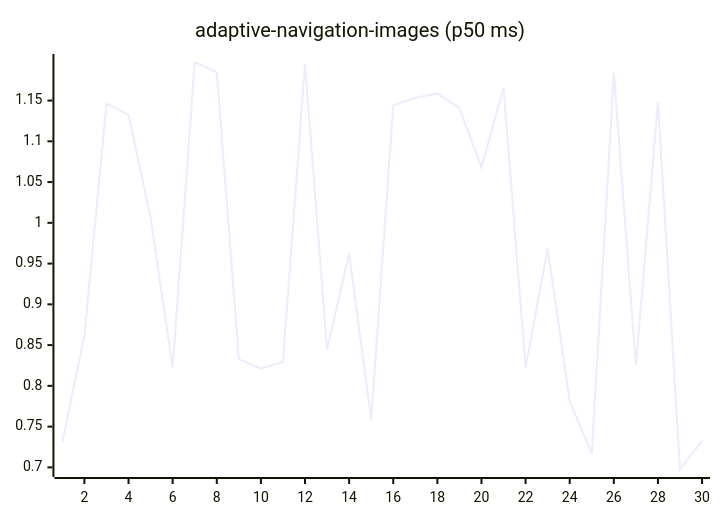
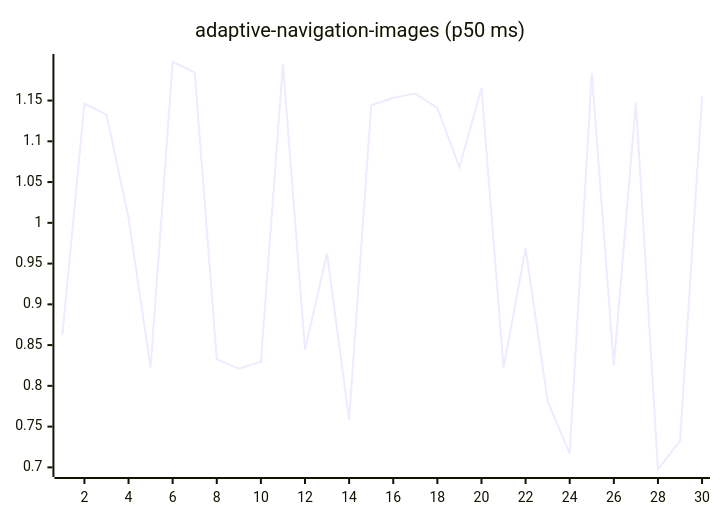
One commit to josha/Facet changed the first of 27 diagrams in README.md. Above: the diagram before and after it, drawn with Mermaid. The commit also changed other lines of this file and 2 other files, not shown here.

````diff
--- a/README.md
+++ b/README.md
@@ -63,6 +63,6 @@
 ```mermaid
 xychart-beta
     title "adaptive-navigation-images (p50 ms)"
     x-axis 1 --> 30
-    line [0.7309, 0.8622, 1.1462, 1.1328, 1.0062, 0.8224, 1.1973, 1.1845, 0.8328, 0.8211, 0.8295, 1.1947, 0.8446, 0.9624, 0.7583, 1.1441, 1.1535, 1.1586, 1.1410, 1.0683, 1.1655, 0.8222, 0.9687, 0.7812, 0.7168, 1.1836, 0.8250, 1.1478, 0.6980, 0.7325]
+    line [0.8622, 1.1462, 1.1328, 1.0062, 0.8224, 1.1973, 1.1845, 0.8328, 0.8211, 0.8295, 1.1947, 0.8446, 0.9624, 0.7583, 1.1441, 1.1535, 1.1586, 1.1410, 1.0683, 1.1655, 0.8222, 0.9687, 0.7812, 0.7168, 1.1836, 0.8250, 1.1478, 0.6980, 0.7325, 1.1549]
 ```
````
